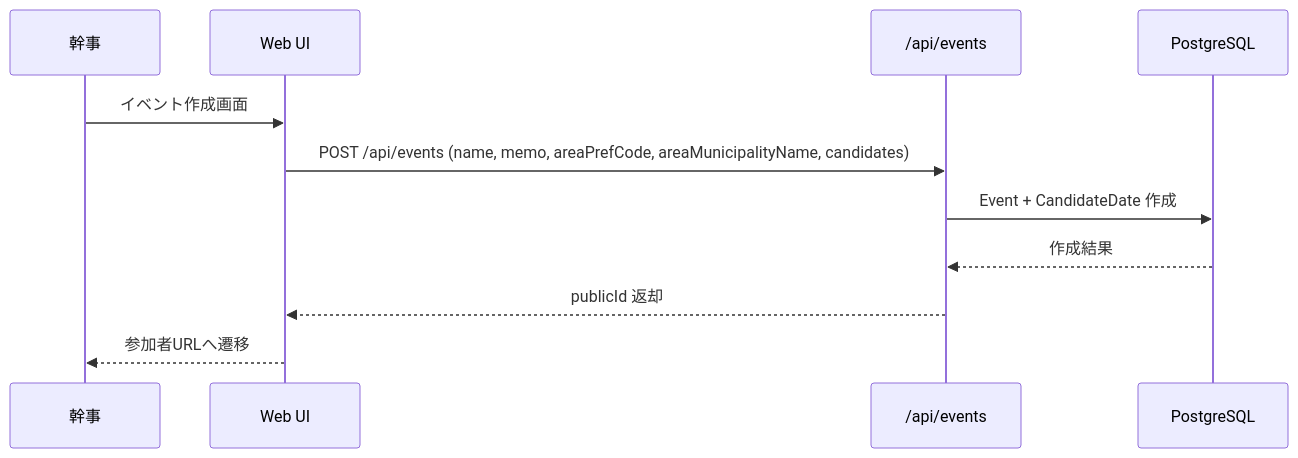
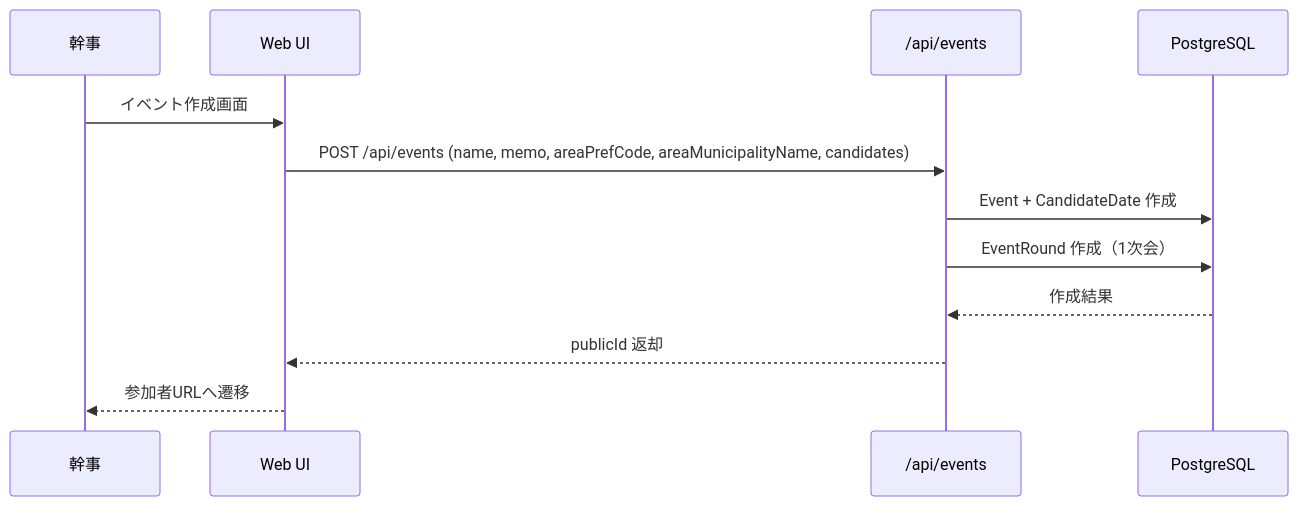
Before and after one commit to tojiinoue/kanjikun: the diagram in docs/diagrams/flow-event-creation.md, drawn with Mermaid. The commit also changed 27 other files, not shown here.

````diff
--- a/docs/diagrams/flow-event-creation.md
+++ b/docs/diagrams/flow-event-creation.md
@@ -3,14 +3,15 @@
 ```mermaid
 sequenceDiagram
   participant A as 幹事
   participant UI as Web UI
   participant API as /api/events
   participant DB as PostgreSQL
 
   A->>UI: イベント作成画面
   UI->>API: POST /api/events (name, memo, areaPrefCode, areaMunicipalityName, candidates)
   API->>DB: Event + CandidateDate 作成
+  API->>DB: EventRound 作成（1次会）
   DB-->>API: 作成結果
   API-->>UI: publicId 返却
   UI-->>A: 参加者URLへ遷移
 ```
````
